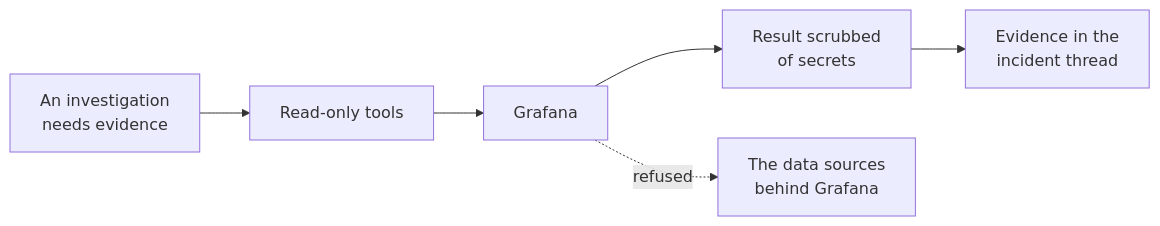
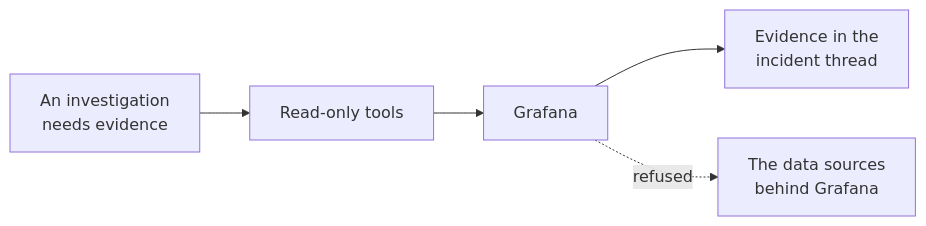
Before and after one commit to chrisleekr/sre-platform: the diagram in docs/connectors/grafana.md, drawn with Mermaid. The commit also changed other lines of this file and 73 other files, not shown here.

````diff
--- a/docs/connectors/grafana.md
+++ b/docs/connectors/grafana.md
@@ -15,8 +15,7 @@
 ```mermaid
 flowchart LR
     Inc["An investigation<br/>needs evidence"] --> Tools["Read-only tools"]
     Tools --> Graf["Grafana"]
-    Graf --> Scrub["Result scrubbed<br/>of secrets"]
-    Scrub --> Thread["Evidence in the<br/>incident thread"]
+    Graf --> Thread["Evidence in the<br/>incident thread"]
     Graf -.->|"refused"| Source["The data sources<br/>behind Grafana"]
 ```
````
